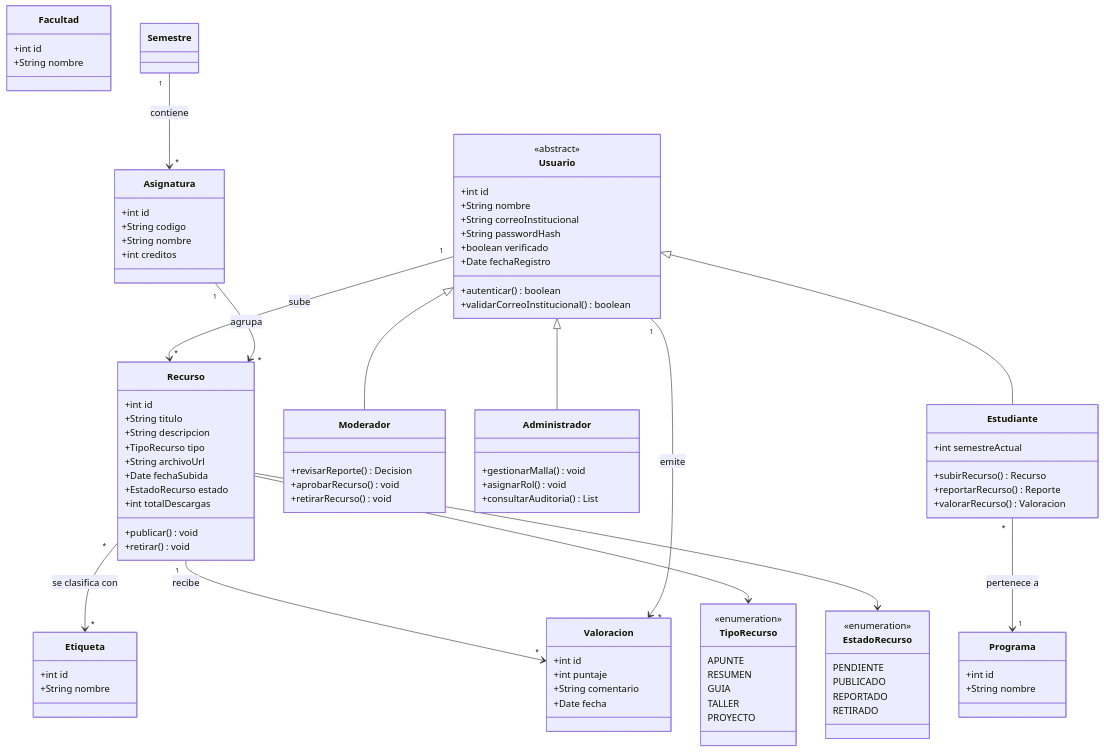
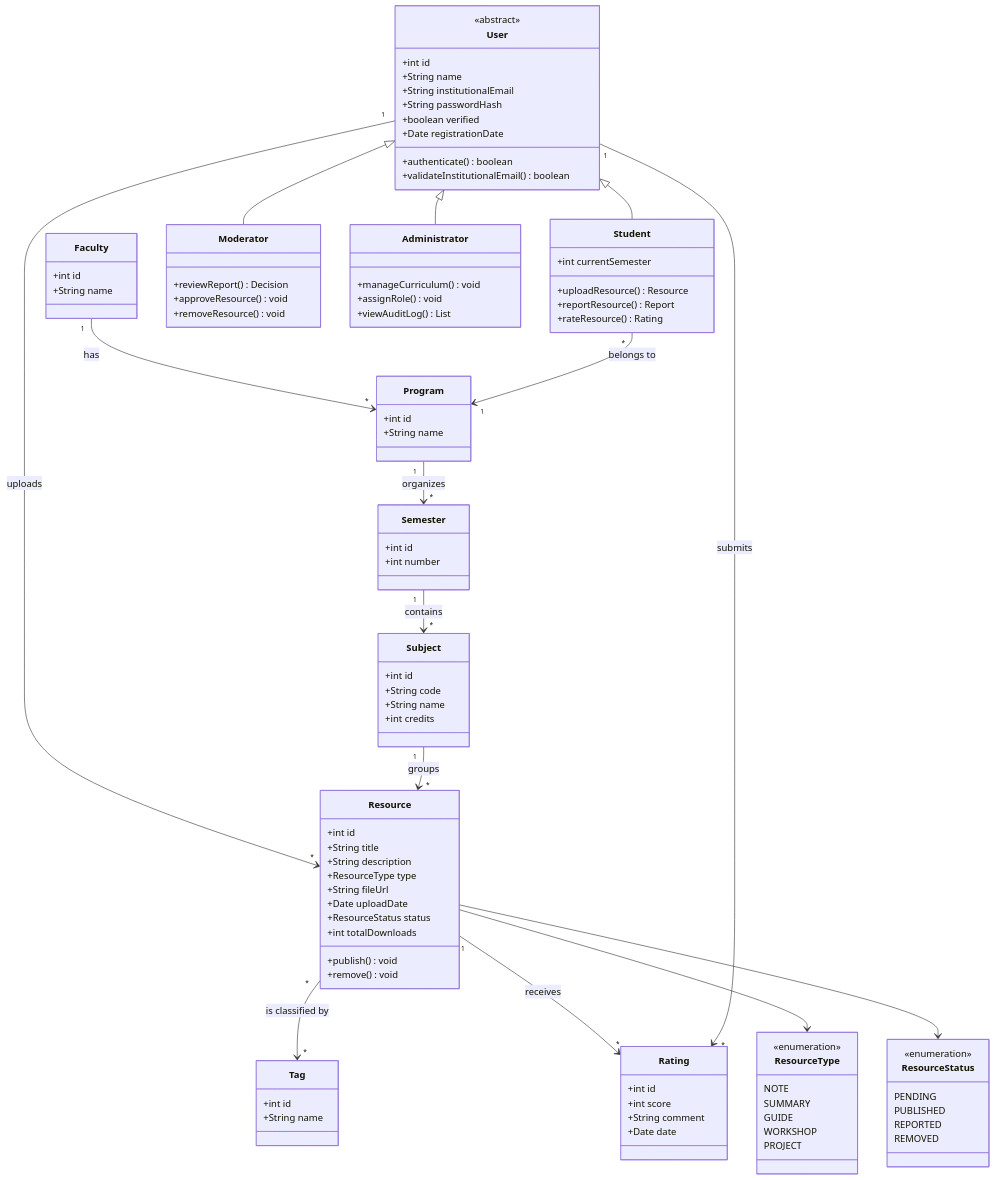
One commit to sergioaguerrero/Alejandria changed the first of 3 diagrams in docs/classs_diagram.md. Above: the diagram before and after it, drawn with Mermaid. The commit also changed other lines of this file, not shown here.

Commit message:
docs: diagrama en mermaid en ingles

````diff
--- a/docs/classs_diagram.md
+++ b/docs/classs_diagram.md
@@ -3,96 +3,100 @@
 ```mermaid
 classDiagram
-    class Facultad {
-+int id
-+String nombre }
-
-    class Programa {
-+int id
-+String nombre
-}
-class Asignatura {
+    class Faculty {
         +int id
-        +String codigo
-        +String nombre
-        +int creditos
+        +String name
     }
-    class Usuario {
+    class Program {
+        +int id
+        +String name
+    }
+    class Semester {
+        +int id
+        +int number
+    }
+    class Subject {
+        +int id
+        +String code
+        +String name
+        +int credits
+    }
+    class User {
         <<abstract>>
         +int id
-        +String nombre
-        +String correoInstitucional
+        +String name
+        +String institutionalEmail
         +String passwordHash
-        +boolean verificado
-        +Date fechaRegistro
-        +autenticar() boolean
-        +validarCorreoInstitucional() boolean
+        +boolean verified
+        +Date registrationDate
+        +authenticate() boolean
+        +validateInstitutionalEmail() boolean
     }
-    class Estudiante {
-        +int semestreActual
-        +subirRecurso() Recurso
-        +reportarRecurso() Reporte
-        +valorarRecurso() Valoracion
+    class Student {
+        +int currentSemester
+        +uploadResource() Resource
+        +reportResource() Report
+        +rateResource() Rating
     }
-    class Moderador {
-+revisarReporte() Decision
-+aprobarRecurso() void
-+retirarRecurso() void
-}
-    class Administrador {
-        +gestionarMalla() void
-        +asignarRol() void
-        +consultarAuditoria() List
+    class Moderator {
+        +reviewReport() Decision
+        +approveResource() void
+        +removeResource() void
     }
-    class Recurso {
+    class Administrator {
+        +manageCurriculum() void
+        +assignRole() void
+        +viewAuditLog() List
+    }
+    class Resource {
         +int id
-        +String titulo
-        +String descripcion
-        +TipoRecurso tipo
-        +String archivoUrl
-        +Date fechaSubida
-        +EstadoRecurso estado
-        +int totalDescargas
-        +publicar() void
-        +retirar() void
+        +String title
+        +String description
+        +ResourceType type
+        +String fileUrl
+        +Date uploadDate
+        +ResourceStatus status
+        +int totalDownloads
+        +publish() void
+        +remove() void
     }
-    class Etiqueta {
+    class Tag {
         +int id
-        +String nombre
+        +String name
     }
-    class Valoracion {
+    class Rating {
         +int id
-        +int puntaje
-        +String comentario
-        +Date fecha
+        +int score
+        +String comment
+        +Date date
     }
-    class TipoRecurso {
+    class ResourceType {
         <<enumeration>>
-        APUNTE
-        RESUMEN
-        GUIA
-        TALLER
-        PROYECTO
+        NOTE
+        SUMMARY
+        GUIDE
+        WORKSHOP
+        PROJECT
+    }
+    class ResourceStatus {
+        <<enumeration>>
+        PENDING
+        PUBLISHED
+        REPORTED
+        REMOVED
     }
 
-    class EstadoRecurso {
-        <<enumeration>>
-        PENDIENTE
-        PUBLICADO
-        REPORTADO
-        RETIRADO
-    }
-
-    Semestre "1" --> "*" Asignatura : contiene
-    Usuario <|-- Estudiante
-    Usuario <|-- Moderador
-    Usuario <|-- Administrador
-    Estudiante "*" --> "1" Programa : pertenece a
-    Usuario "1" --> "*" Recurso : sube
-    Asignatura "1" --> "*" Recurso : agrupa
-    Recurso "*" --> "*" Etiqueta : se clasifica con
-    Recurso "1" --> "*" Valoracion : recibe
-    Usuario "1" --> "*" Valoracion : emite
-    Recurso --> TipoRecurso
-    Recurso --> EstadoRecurso
-
+    Faculty "1" --> "*" Program : has
+    Program "1" --> "*" Semester : organizes
+    Semester "1" --> "*" Subject : contains
+    User <|-- Student
+    User <|-- Moderator
+    User <|-- Administrator
+    Student "*" --> "1" Program : belongs to
+    User "1" --> "*" Resource : uploads
+    Subject "1" --> "*" Resource : groups
+    Resource "*" --> "*" Tag : is classified by
+    Resource "1" --> "*" Rating : receives
+    User "1" --> "*" Rating : submits
+    Resource --> ResourceType
+    Resource --> ResourceStatus
 ```
````
